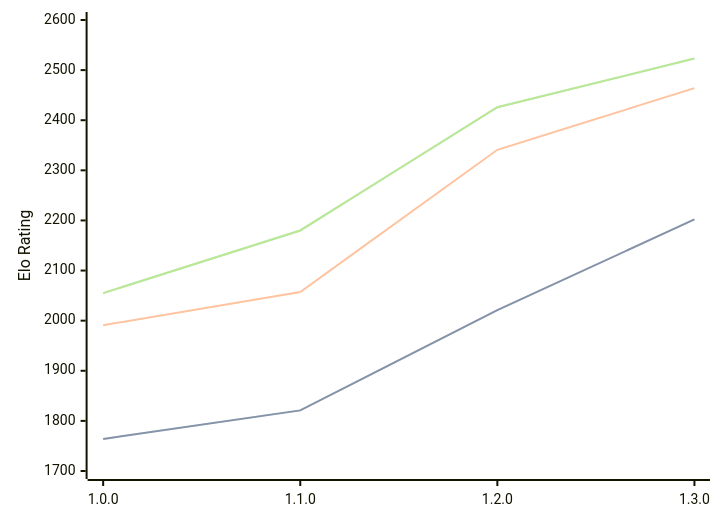
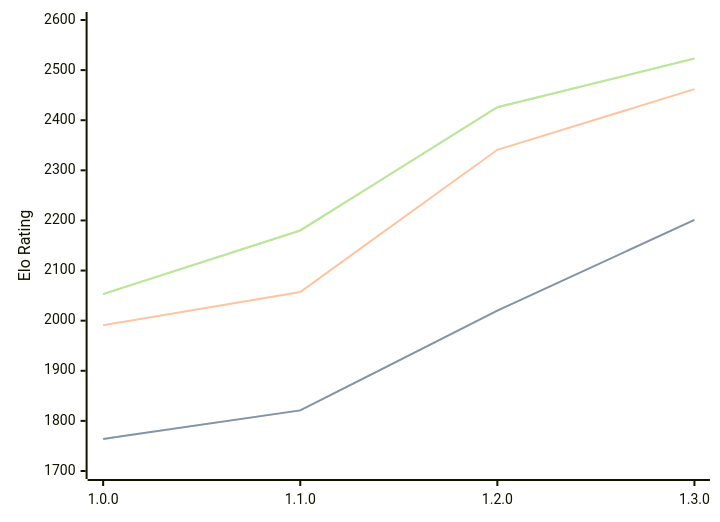
The diagram in engines/Anodos.md (computer-chess-index/cci), drawn with Mermaid before and after one commit. The commit also changed other lines of this file, not shown here.

Commit message:
Update CCI Ratings (ELO VLTC) - 2026-03-23

````diff
--- a/engines/Anodos.md
+++ b/engines/Anodos.md
@@ -45,11 +45,11 @@
 ```mermaid
 %%{init: {"theme":"base","themeVariables":{"seriesColors:['#a3a3a3','#222221','#faa371']}}}%%
 xychart-beta
   x-axis ["1.0.0", "1.1.0", "1.2.0", "1.3.0"]
   y-axis "Elo Rating" 1700 --> 2600
-  line "STC (8.0+0.08s)" [1764, 1821, 2021, 2202]
-  line "STC (8.0+0.08s)" [1764, 1821, 2021, 2202]
-  line "LTC (60.0+0.60s)" [1991, 2057, 2341, 2464]
-  line "VLTC (2m24s+1.12s)" [2055, 2180, 2426, 2523]
-  line "VLTC (2m24s+1.12s)" [2055, 2180, 2426, 2523]
+  line "STC (8.0+0.08s)" [1764, 1821, 2020, 2201]
+  line "STC (8.0+0.08s)" [1764, 1821, 2020, 2201]
+  line "LTC (60.0+0.60s)" [1991, 2057, 2341, 2462]
+  line "VLTC (2m24s+1.12s)" [2053, 2180, 2426, 2523]
+  line "VLTC (2m24s+1.12s)" [2053, 2180, 2426, 2523]
 ```
````
